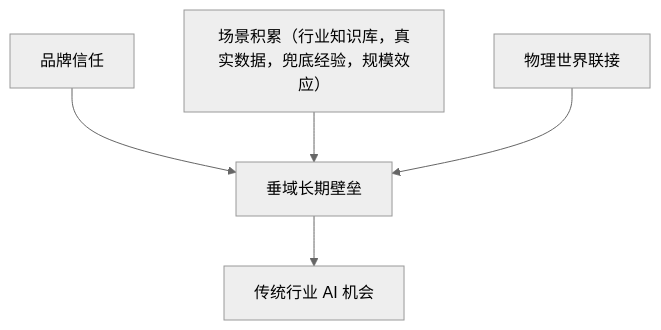
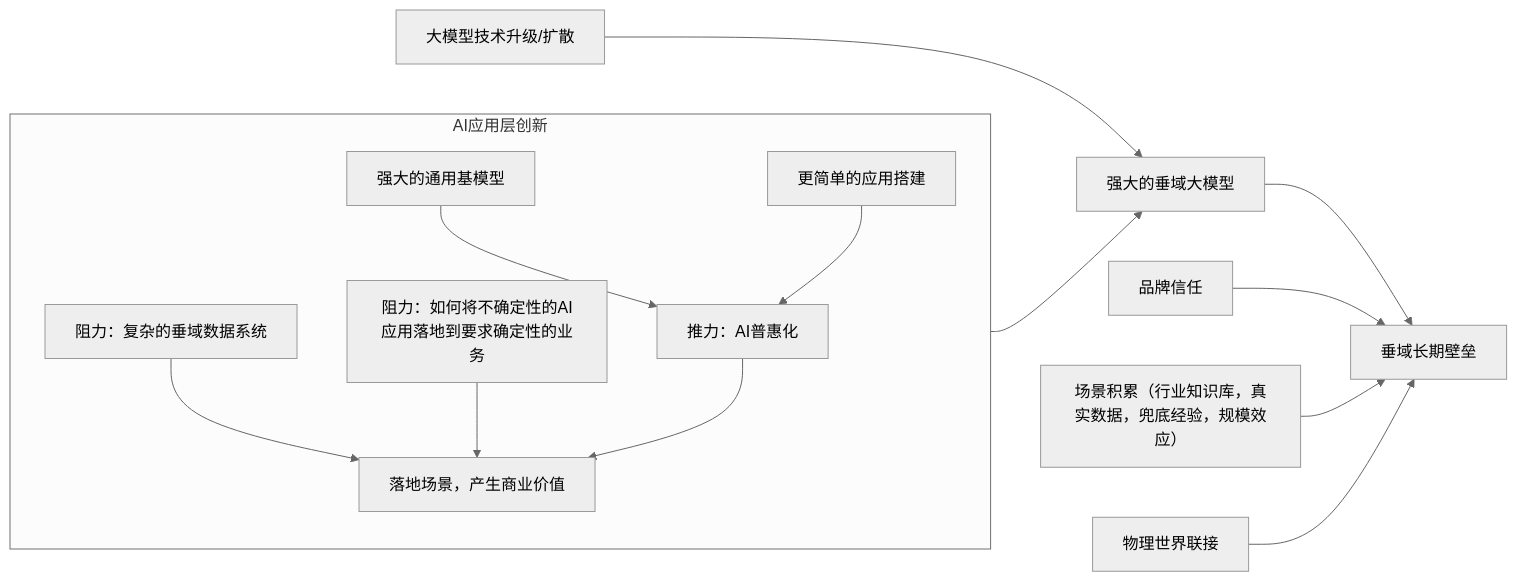
Before and after one commit to MagicFrogSJTU/work: diagram 15 of 15 in technical_report/20260408-huawei_autonomous_driving_share/schema.md, drawn with Mermaid (neutral theme). The commit also changed other lines of this file and 106 other files, not shown here.

````diff
--- a/technical_report/20260408-huawei_autonomous_driving_share/schema.md
+++ b/technical_report/20260408-huawei_autonomous_driving_share/schema.md
@@ -343,7 +333,19 @@
 ```mermaid
-flowchart TB
+flowchart LR
+    subgraph A[AI应用层创新]
+    A1[强大的通用基模型] --> A2[推力：AI普惠化]
+    A3[更简单的应用搭建] --> A2
+    A4[阻力：复杂的垂域数据系统] --> A6
+    A5[阻力：如何将不确定性的AI应用落地到要求确定性的业务] --> A6
+    A2 --> A6[落地场景，产生商业价值]
+    end
+
+    H["大模型技术升级/扩散"] --> I
+    A --> I[强大的垂域大模型]
+
+    I --> F
+
     C["品牌信任"] --> F["垂域长期壁垒"]
     D["场景积累（行业知识库，真实数据，兜底经验，规模效应）"] --> F
     E["物理世界联接"] --> F
-    F --> G["传统行业 AI 机会"]
 ```
````
